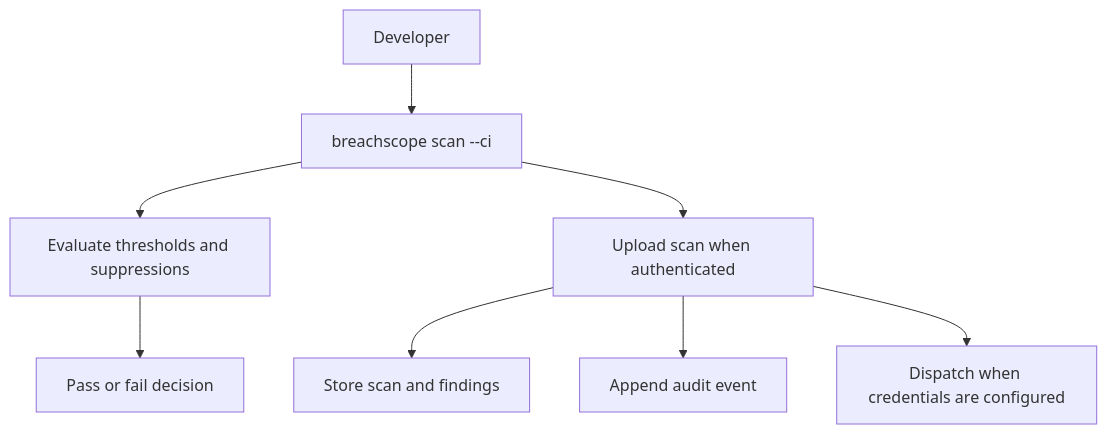
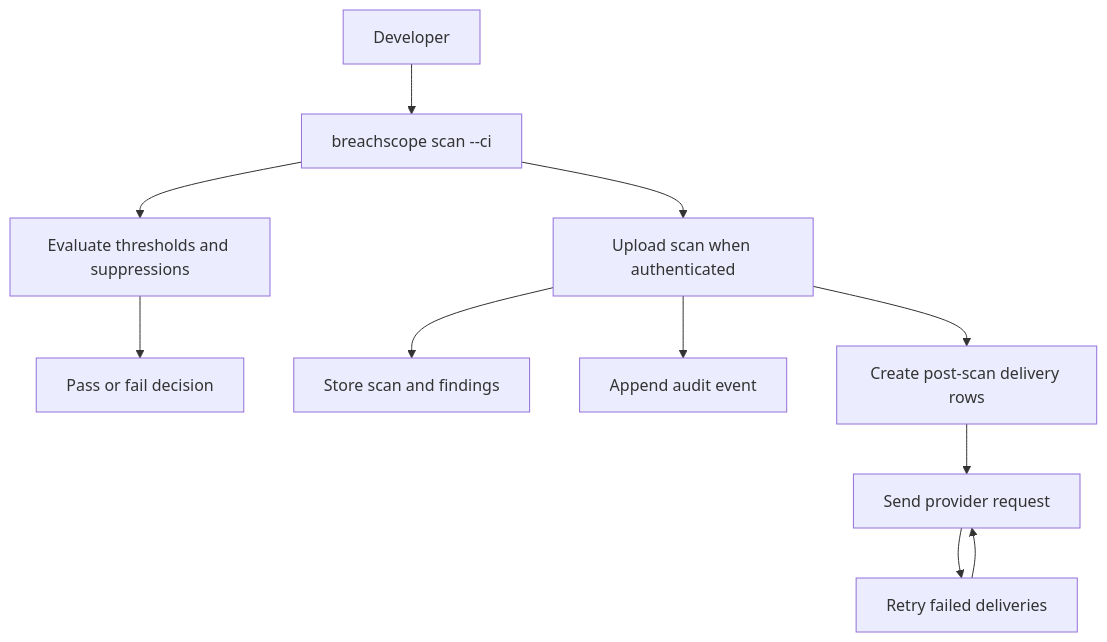
One commit to Afnanksalal/BreachScope changed the second of 3 diagrams in docs/architecture.md. Above: the diagram before and after it, drawn with Mermaid. The commit also changed other lines of this file and 35 other files, not shown here.

````diff
--- a/docs/architecture.md
+++ b/docs/architecture.md
@@ -22,10 +24,13 @@
 ```mermaid
 flowchart TD
   Dev["Developer"] --> CLI["breachscope scan --ci"]
   CLI --> Policy["Evaluate thresholds and suppressions"]
   Policy --> Result["Pass or fail decision"]
   CLI --> API["Upload scan when authenticated"]
   API --> DB["Store scan and findings"]
   API --> Audit["Append audit event"]
-  API --> Provider["Dispatch when credentials are configured"]
+  API --> Delivery["Create post-scan delivery rows"]
+  Delivery --> Provider["Send provider request"]
+  Provider --> Retry["Retry failed deliveries"]
+  Retry --> Provider
 ```
````
